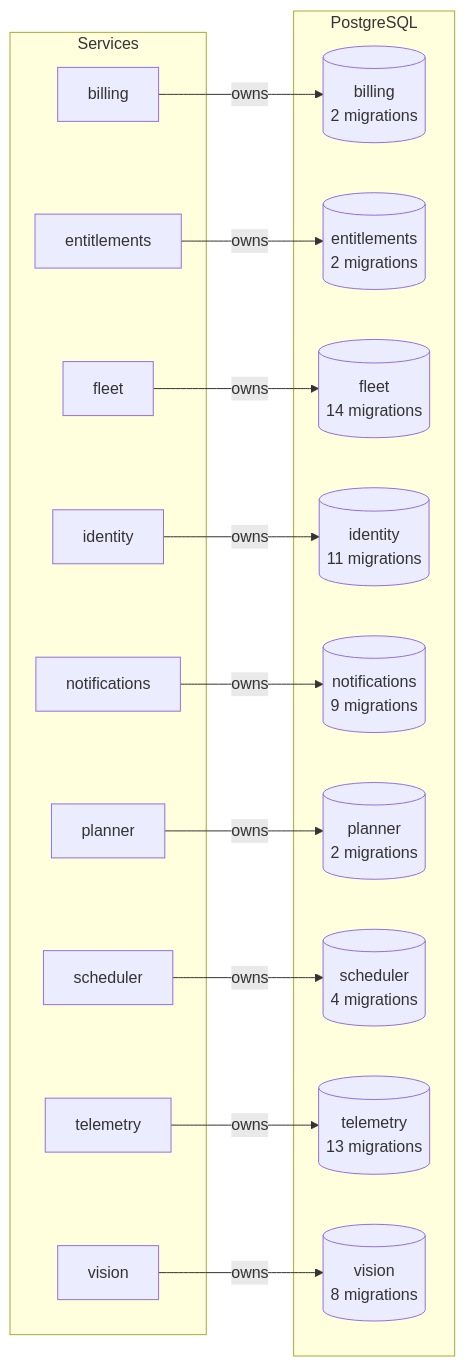
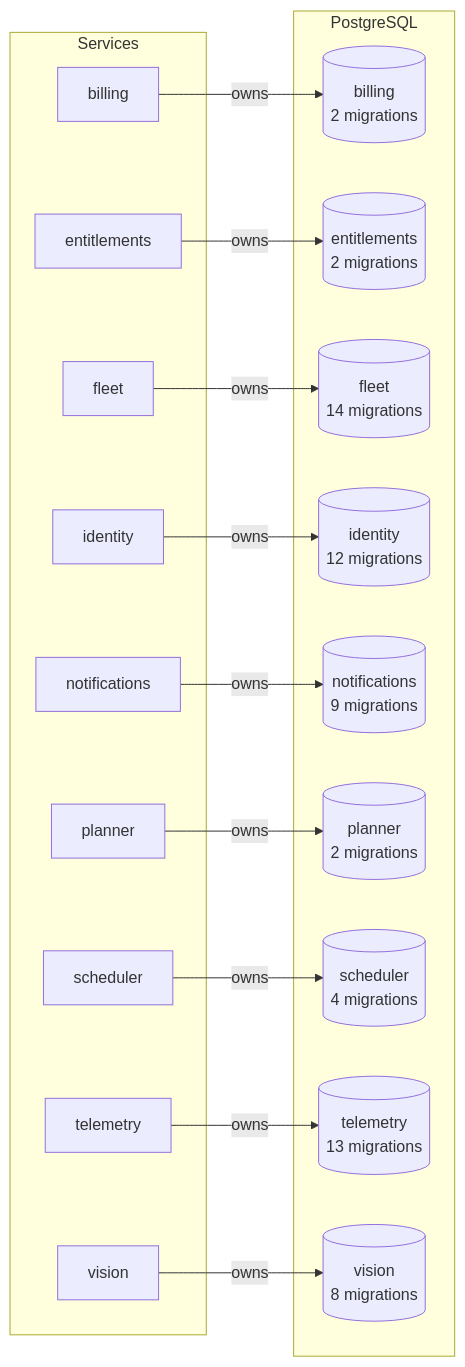
Before and after one commit to lukislp/mowdeck: diagram 15 of 15 in docs/architecture/generated.md, drawn with Mermaid. The commit also changed other lines of this file and 63 other files, not shown here.

````diff
--- a/docs/architecture/generated.md
+++ b/docs/architecture/generated.md
@@ -568,34 +571,34 @@
 ```mermaid
 flowchart LR
   subgraph apps[Services]
     billing["billing"]
     entitlements["entitlements"]
     fleet["fleet"]
     identity["identity"]
     notifications["notifications"]
     planner["planner"]
     scheduler["scheduler"]
     telemetry["telemetry"]
     vision["vision"]
   end
   subgraph pg[PostgreSQL]
     db_billing[("billing<br/>2 migrations")]
     db_entitlements[("entitlements<br/>2 migrations")]
     db_fleet[("fleet<br/>14 migrations")]
-    db_identity[("identity<br/>11 migrations")]
+    db_identity[("identity<br/>12 migrations")]
     db_notifications[("notifications<br/>9 migrations")]
     db_planner[("planner<br/>2 migrations")]
     db_scheduler[("scheduler<br/>4 migrations")]
     db_telemetry[("telemetry<br/>13 migrations")]
     db_vision[("vision<br/>8 migrations")]
   end
   billing -->|owns| db_billing
   entitlements -->|owns| db_entitlements
   fleet -->|owns| db_fleet
   identity -->|owns| db_identity
   notifications -->|owns| db_notifications
   planner -->|owns| db_planner
   scheduler -->|owns| db_scheduler
   telemetry -->|owns| db_telemetry
   vision -->|owns| db_vision
 ```
````
